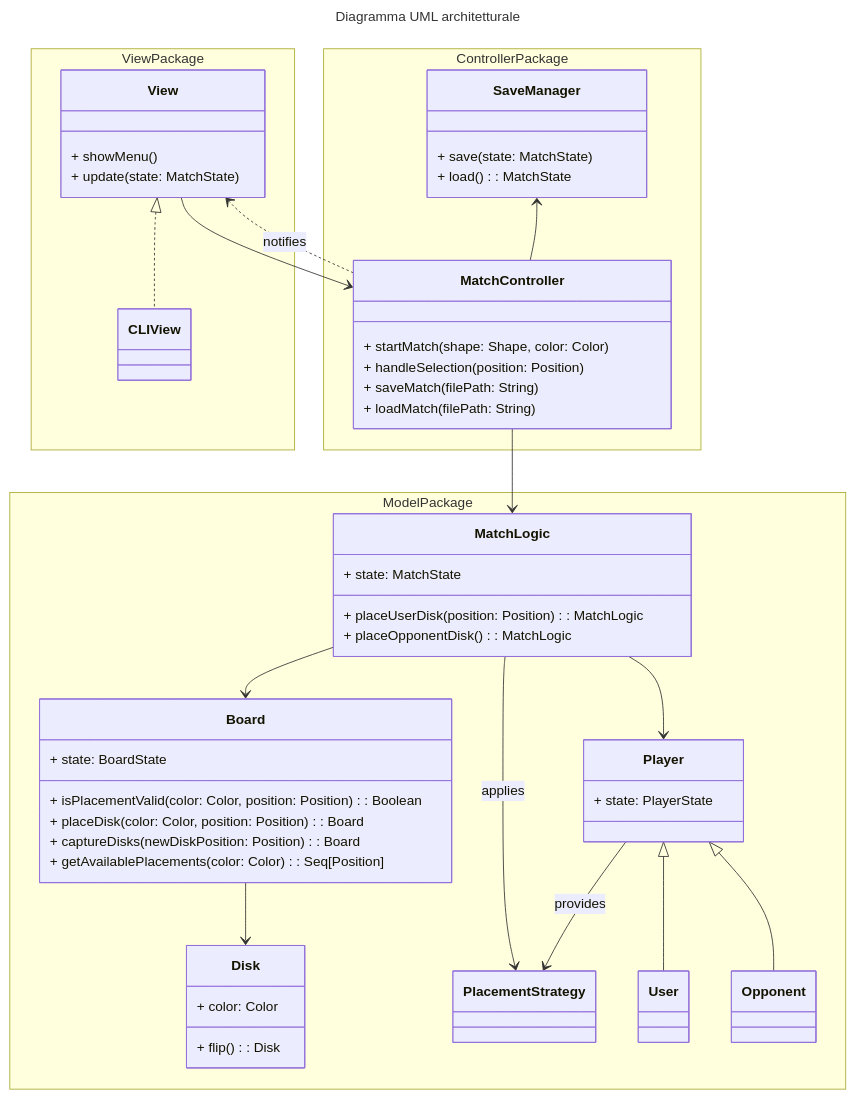
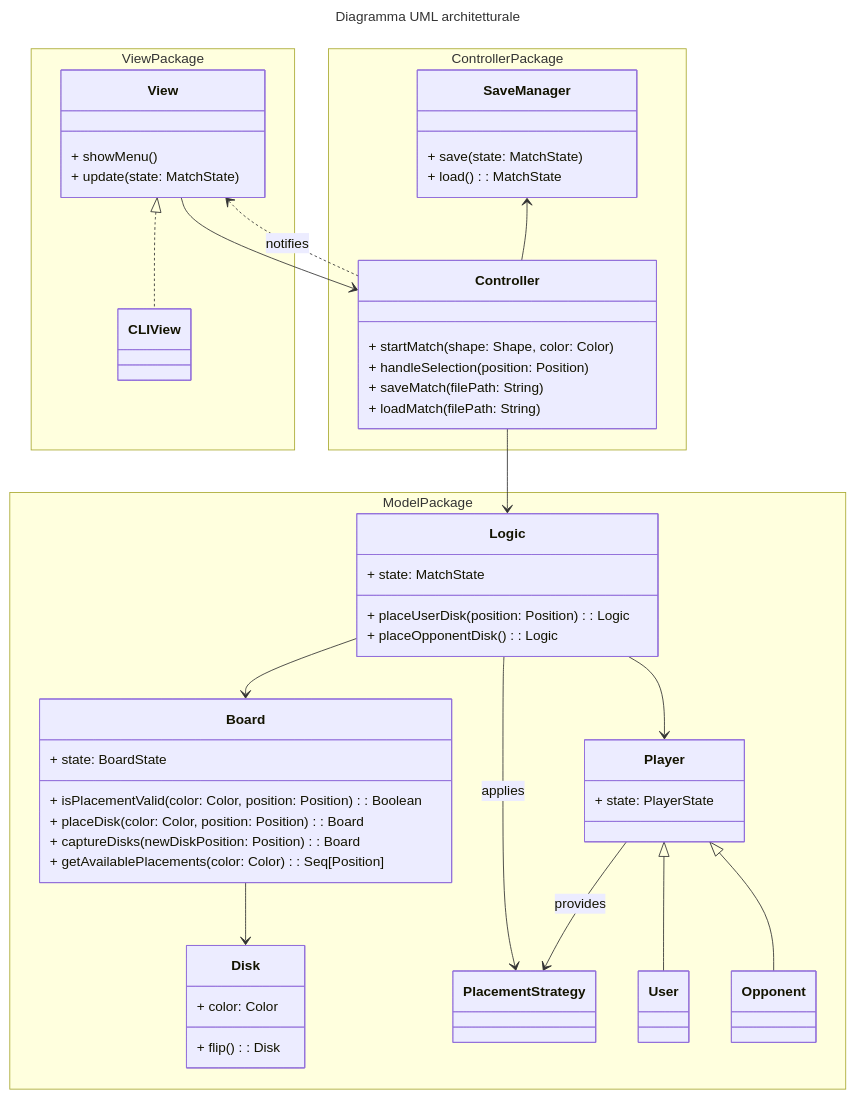
One commit to Borgotto/PPS-25-scalatello changed the first of 3 diagrams in docs/report/4-architectural-design.md. Above: the diagram before and after it, drawn with Mermaid. The commit also changed 1 other file, not shown here.

Commit message:
Remove Match suffix from Logic and Controller

````diff
--- a/docs/report/4-architectural-design.md
+++ b/docs/report/4-architectural-design.md
@@ -15,67 +15,67 @@
 ```mermaid
 ---
 title: Diagramma UML architetturale
 ---
 classDiagram
   namespace ViewPackage {
     class View {
       + showMenu()
       + update(state: MatchState)
     }
     class CLIView
   }
   namespace ControllerPackage {
-    class MatchController {
+    class Controller {
       + startMatch(shape: Shape, color: Color)
       + handleSelection(position: Position)
       + saveMatch(filePath: String)
       + loadMatch(filePath: String)
     }
     class SaveManager {
       + save(state: MatchState)
       + load(): MatchState
     }
   }
   namespace ModelPackage {
-    class MatchLogic {
+    class Logic {
       + state: MatchState
-      + placeUserDisk(position: Position): MatchLogic
-      + placeOpponentDisk(): MatchLogic
+      + placeUserDisk(position: Position): Logic
+      + placeOpponentDisk(): Logic
     }
     class Board {
       + state: BoardState
       + isPlacementValid(color: Color, position: Position): Boolean
       + placeDisk(color: Color, position: Position): Board
       + captureDisks(newDiskPosition: Position): Board
       + getAvailablePlacements(color: Color): Seq[Position]
     }
     class Disk {
       + color: Color
       + flip(): Disk
     }
     class Player {
       + state: PlayerState
     }
     class PlacementStrategy
     class User
     class Opponent
   }
 
-    MatchLogic --> Board
-    MatchLogic --> Player
-    MatchLogic --> PlacementStrategy: applies
+    Logic --> Board
+    Logic --> Player
+    Logic --> PlacementStrategy: applies
 
     Player <|-- User
     Player <|-- Opponent
 
     Player --> PlacementStrategy : provides
 
     Board --> Disk
 
-    View --> MatchController
-    MatchController ..> View : notifies
-    MatchController --> MatchLogic
-    SaveManager <-- MatchController
+    View --> Controller
+    Controller ..> View : notifies
+    Controller --> Logic
+    SaveManager <-- Controller
 
     View <|.. CLIView
 ```
````
